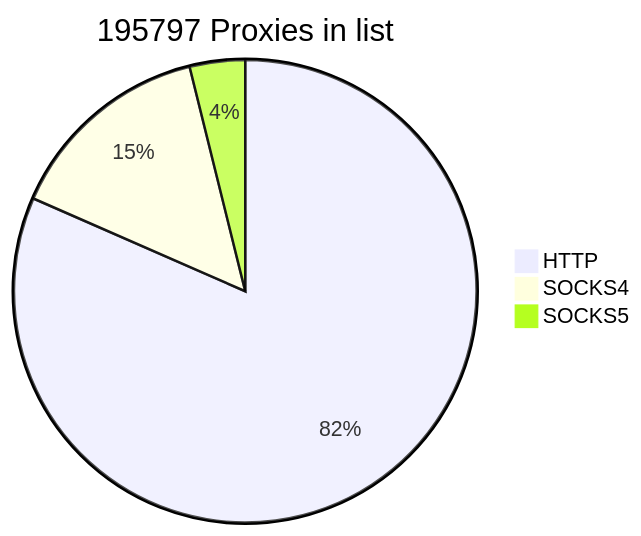
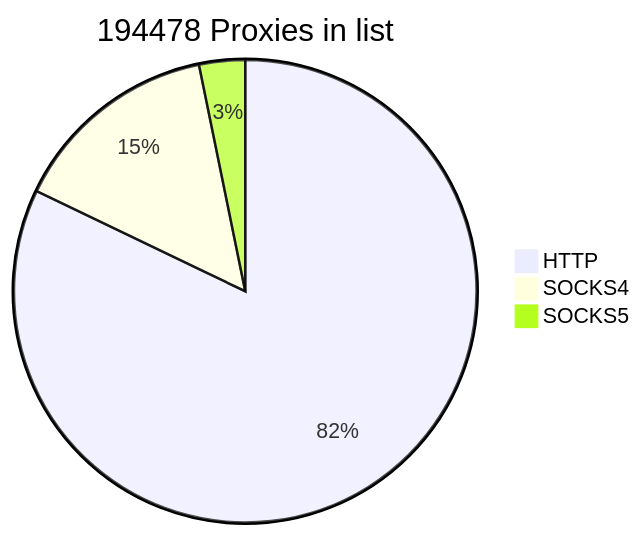
The first of 2 diagrams in README.md (cutipu/proxylist), drawn with Mermaid before and after one commit. The commit also changed other lines of this file, not shown here.

````diff
--- a/README.md
+++ b/README.md
@@ -2,7 +2,7 @@
 ```mermaid
-pie title 195797 Proxies in list
+pie title 194478 Proxies in list
     "HTTP" : 159707
-    "SOCKS4" : 28517
-    "SOCKS5" : 7573
+    "SOCKS4" : 28533
+    "SOCKS5" : 6238
             
 ```
````
